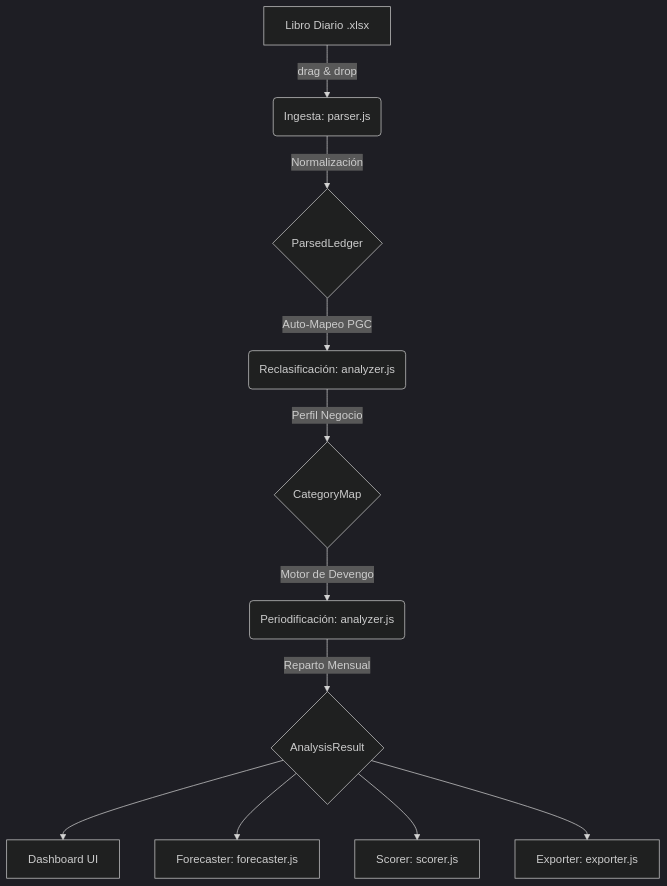
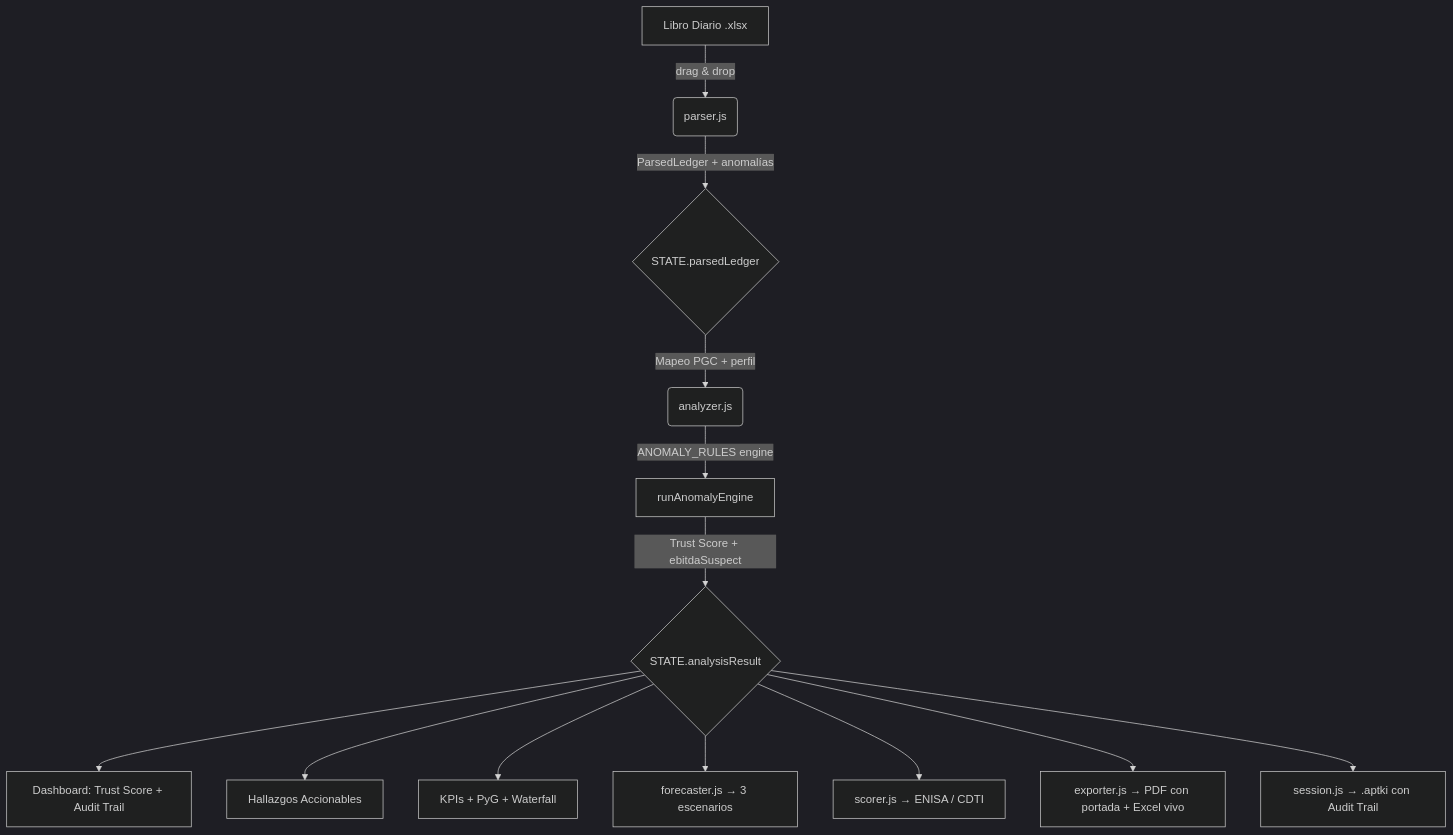
The diagram in ARCHITECTURE.md (DonBorgiFR/WorkstationFinance), drawn with Mermaid (dark theme) before and after one commit. The commit also changed other lines of this file and 1 other file, not shown here.

Commit message:
docs: README y ARCHITECTURE actualizados al estado final de sesion

````diff
--- a/ARCHITECTURE.md
+++ b/ARCHITECTURE.md
@@ -9,14 +7,16 @@
 ```mermaid
 graph TD
-    A[Libro Diario .xlsx] -->|drag & drop| B(Ingesta: parser.js)
-    B -->|Normalización| C{ParsedLedger}
-    C -->|Auto-Mapeo PGC| D(Reclasificación: analyzer.js)
-    D -->|Perfil Negocio| E{CategoryMap}
-    E -->|Motor de Devengo| F(Periodificación: analyzer.js)
-    F -->|Reparto Mensual| G{AnalysisResult}
+    A[Libro Diario .xlsx] -->|drag & drop| B(parser.js)
+    B -->|ParsedLedger + anomalías| C{STATE.parsedLedger}
+    C -->|Mapeo PGC + perfil| D(analyzer.js)
+    D -->|ANOMALY_RULES engine| E[runAnomalyEngine]
+    E -->|Trust Score + ebitdaSuspect| F{STATE.analysisResult}
     
-    G --> H[Dashboard UI]
-    G --> I[Forecaster: forecaster.js]
-    G --> J[Scorer: scorer.js]
-    G --> K[Exporter: exporter.js]
+    F --> G[Dashboard: Trust Score + Audit Trail]
+    F --> H[Hallazgos Accionables]
+    F --> I[KPIs + PyG + Waterfall]
+    F --> J[forecaster.js → 3 escenarios]
+    F --> K[scorer.js → ENISA / CDTI]
+    F --> L[exporter.js → PDF con portada + Excel vivo]
+    F --> M[session.js → .aptki con Audit Trail]
 ```
````
